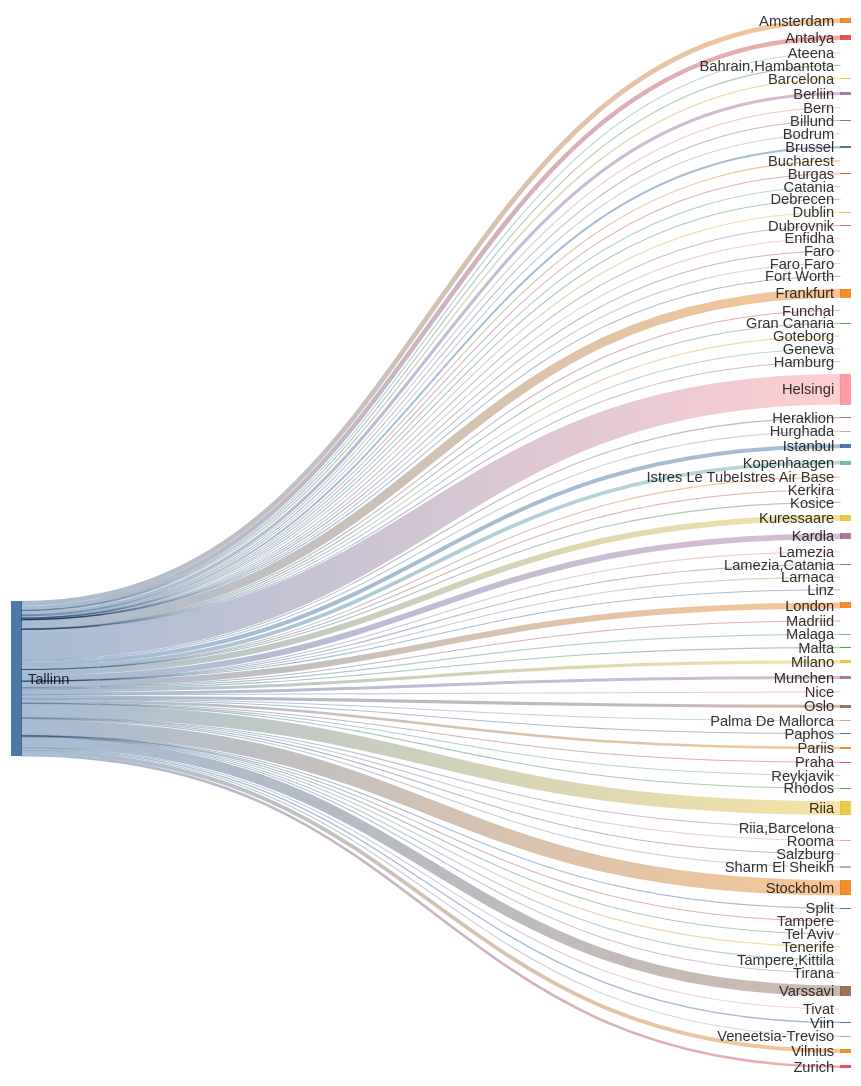
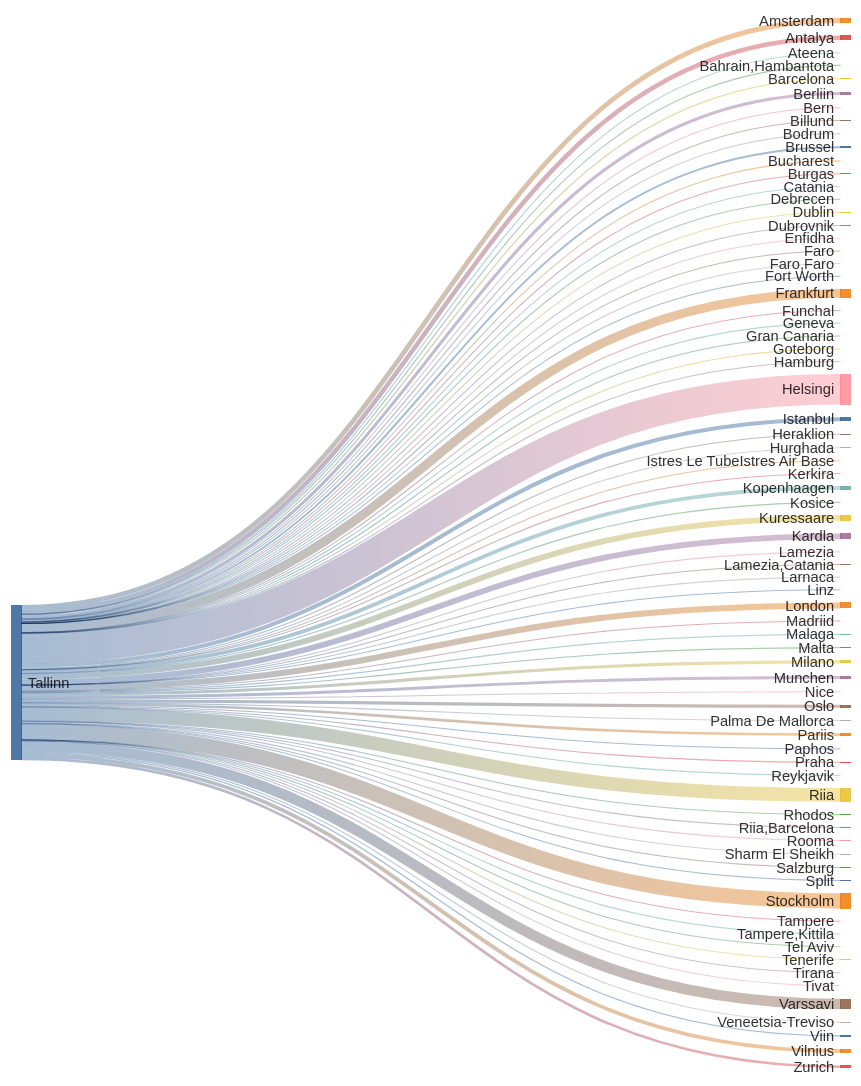
Before and after one commit to rainermesi/tll-airport-departures: the second of 2 diagrams in README.md, drawn with Mermaid. The commit also changed other lines of this file and 1 other file, not shown here.

````diff
--- a/README.md
+++ b/README.md
@@ -41,16 +41,16 @@
 ---
 sankey-beta
 %% source,target,value
-Tallinn,Amsterdam,399
+Tallinn,Amsterdam,401
 Tallinn,Antalya,379
 Tallinn,Ateena,16
 Tallinn,"Bahrain,Hambantota",1
 Tallinn,Barcelona,111
-Tallinn,Berliin,258
+Tallinn,Berliin,260
 Tallinn,Bern,1
 Tallinn,Billund,65
 Tallinn,Bodrum,11
-Tallinn,Brussel,163
+Tallinn,Brussel,164
 Tallinn,Bucharest,1
 Tallinn,Burgas,41
 Tallinn,Catania,2
@@ -61,58 +61,58 @@
 Tallinn,Faro,4
 Tallinn,"Faro,Faro",1
 Tallinn,Fort Worth,1
-Tallinn,Frankfurt,755
+Tallinn,Frankfurt,758
 Tallinn,Funchal,5
 Tallinn,Geneva,13
 Tallinn,Gran Canaria,38
 Tallinn,Goteborg,1
 Tallinn,Hamburg,2
-Tallinn,Helsingi,2559
+Tallinn,Helsingi,2569
 Tallinn,Heraklion,76
 Tallinn,Hurghada,75
-Tallinn,Istanbul,337
+Tallinn,Istanbul,339
 Tallinn,Istres Le TubeIstres Air Base,2
 Tallinn,Kerkira,4
-Tallinn,Kopenhaagen,311
+Tallinn,Kopenhaagen,312
 Tallinn,Kosice,1
-Tallinn,Kuressaare,489
-Tallinn,Kardla,489
+Tallinn,Kuressaare,491
+Tallinn,Kardla,491
 Tallinn,Lamezia,1
 Tallinn,"Lamezia,Catania",3
 Tallinn,Larnaca,4
 Tallinn,Linz,2
-Tallinn,London,512
+Tallinn,London,513
 Tallinn,Madriid,1
 Tallinn,Malaga,101
 Tallinn,Malta,23
 Tallinn,Milano,260
-Tallinn,Munchen,247
+Tallinn,Munchen,249
 Tallinn,Nice,40
-Tallinn,Oslo,264
+Tallinn,Oslo,265
 Tallinn,Palma De Mallorca,27
 Tallinn,Paphos,66
-Tallinn,Pariis,215
+Tallinn,Pariis,217
 Tallinn,Praha,68
 Tallinn,Reykjavik,8
-Tallinn,Rhodos,47
-Tallinn,Riia,1150
+Tallinn,Rhodos,48
+Tallinn,Riia,1154
 Tallinn,"Riia,Barcelona",1
 Tallinn,Rooma,80
 Tallinn,Salzburg,14
 Tallinn,Sharm El Sheikh,97
 Tallinn,Split,41
-Tallinn,Stockholm,1282
+Tallinn,Stockholm,1285
 Tallinn,Tampere,17
 Tallinn,"Tampere,Kittila",21
 Tallinn,Tel Aviv,1
 Tallinn,Tenerife,58
-Tallinn,Tirana,21
-Tallinn,Tivat,48
-Tallinn,Varssavi,884
+Tallinn,Tirana,22
+Tallinn,Tivat,49
+Tallinn,Varssavi,887
 Tallinn,Veneetsia-Treviso,67
 Tallinn,Viin,106
-Tallinn,Vilnius,316
-Tallinn,Zurich,221
+Tallinn,Vilnius,318
+Tallinn,Zurich,222
 
 
 ```
````
